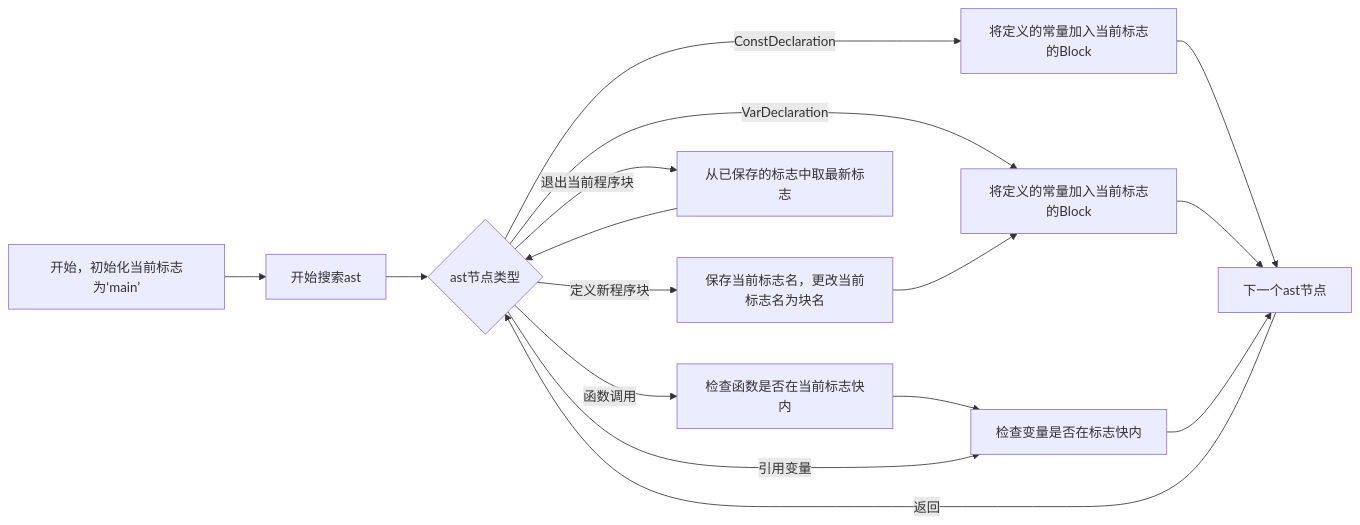
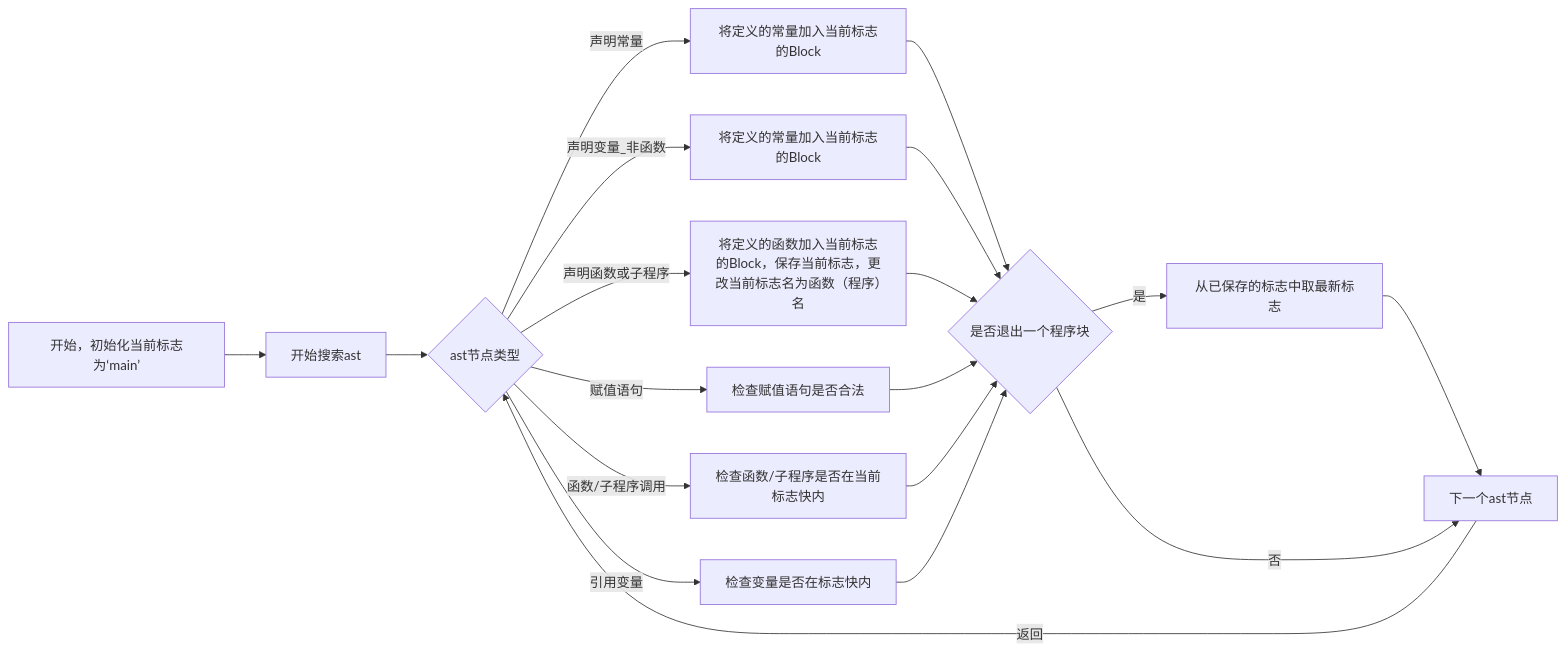
Before and after one commit to XieWeikai/Pascal2C: the first of 2 diagrams in doc/design.md, drawn with Mermaid. The commit also changed other lines of this file, not shown here.

Commit message:
Update ast处理

````diff
--- a/doc/design.md
+++ b/doc/design.md
@@ -1136,11 +1136,12 @@
 ```mermaid
 graph LR;
 	A["开始，初始化当前标志为‘main’"] -->A'["开始搜索ast"]--> B{"ast节点类型"};
-	D["下一个ast节点"]--返回-->B;
-	B --ConstDeclaration--> C["将定义的常量加入当前标志的Block"] --> D;
-	B --VarDeclaration--> E["将定义的常量加入当前标志的Block"] --> D;
-	B --定义新程序块--> F["保存当前标志名，更改当前标志名为块名"] --> E;
-	B --函数调用--> G["检查函数是否在当前标志快内"] -->H;
+	D{"是否退出一个程序块"}--是--> I["从已保存的标志中取最新标志"] -->F;
+	D --否--> F["下一个ast节点"]--返回-->B;
+	B --声明常量--> C["将定义的常量加入当前标志的Block"] --> D;
+	B --声明变量_非函数--> E["将定义的常量加入当前标志的Block"] --> D;
+	B --声明函数或子程序--> L["将定义的函数加入当前标志的Block，保存当前标志，更改当前标志名为函数（程序）名"] --> D;
+	B --赋值语句--> J["检查赋值语句是否合法"] --> D;
+	B --函数/子程序调用--> G["检查函数/子程序是否在当前标志快内"] -->D;
 	B --引用变量--> H["检查变量是否在标志快内"] --> D;
-	B --退出当前程序块--> I["从已保存的标志中取最新标志"]-->B;
 ```
````
